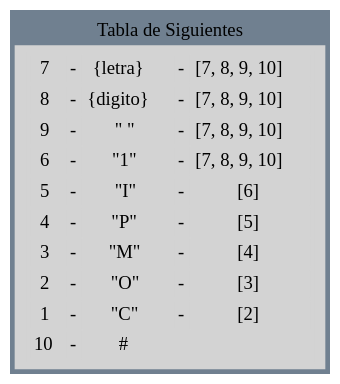
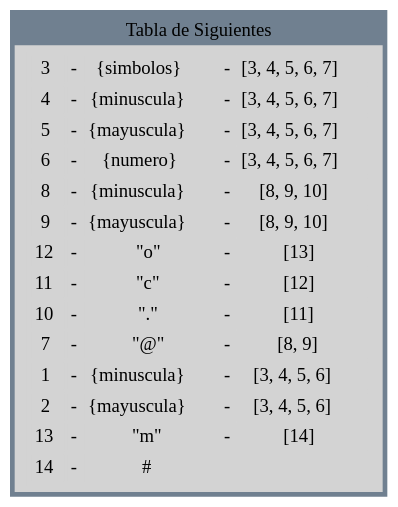
One commit to SeZamora/202002591_PY1_OLC1 changed the diagram in reportes/Siguientes_202002591/Tabla1.dot. Above: the diagram before and after it, drawn with Graphviz. The commit also changed 53 other files, not shown here.

```diff
--- a/reportes/Siguientes_202002591/Tabla1.dot
+++ b/reportes/Siguientes_202002591/Tabla1.dot
@@ -1,54 +1,74 @@
 digraph G {
 bgcolor="slategrey" label="Tabla de Siguientes"layout=dot 
 labelloc = "t"edge [weigth=1000  color=darkgreen  arrowtail="open" arrowhead="open"]
 node[shape=box, style="filled", color=lightgrey];
 a0 [label=<
-<TABLE><TR><TD>7</TD>
+<TABLE><TR><TD>3</TD>
   <TD>-</TD>
-  <TD>{letra}</TD>
+  <TD>{simbolos}</TD>
   <TD>-</TD>
-  <TD>[7, 8, 9, 10]</TD>
+  <TD>[3, 4, 5, 6, 7]</TD>
+  </TR><TR><TD>4</TD>
+  <TD>-</TD>
+  <TD>{minuscula}</TD>
+  <TD>-</TD>
+  <TD>[3, 4, 5, 6, 7]</TD>
+  </TR><TR><TD>5</TD>
+  <TD>-</TD>
+  <TD>{mayuscula}</TD>
+  <TD>-</TD>
+  <TD>[3, 4, 5, 6, 7]</TD>
+  </TR><TR><TD>6</TD>
+  <TD>-</TD>
+  <TD>{numero}</TD>
+  <TD>-</TD>
+  <TD>[3, 4, 5, 6, 7]</TD>
   </TR><TR><TD>8</TD>
   <TD>-</TD>
-  <TD>{digito}</TD>
+  <TD>{minuscula}</TD>
   <TD>-</TD>
-  <TD>[7, 8, 9, 10]</TD>
+  <TD>[8, 9, 10]</TD>
   </TR><TR><TD>9</TD>
   <TD>-</TD>
-  <TD>" "</TD>
+  <TD>{mayuscula}</TD>
   <TD>-</TD>
-  <TD>[7, 8, 9, 10]</TD>
-  </TR><TR><TD>6</TD>
+  <TD>[8, 9, 10]</TD>
+  </TR><TR><TD>12</TD>
   <TD>-</TD>
-  <TD>"1"</TD>
+  <TD>"o"</TD>
   <TD>-</TD>
-  <TD>[7, 8, 9, 10]</TD>
-  </TR><TR><TD>5</TD>
+  <TD>[13]</TD>
+  </TR><TR><TD>11</TD>
   <TD>-</TD>
-  <TD>"I"</TD>
+  <TD>"c"</TD>
   <TD>-</TD>
-  <TD>[6]</TD>
-  </TR><TR><TD>4</TD>
+  <TD>[12]</TD>
+  </TR><TR><TD>10</TD>
   <TD>-</TD>
-  <TD>"P"</TD>
+  <TD>"."</TD>
   <TD>-</TD>
-  <TD>[5]</TD>
-  </TR><TR><TD>3</TD>
+  <TD>[11]</TD>
+  </TR><TR><TD>7</TD>
   <TD>-</TD>
-  <TD>"M"</TD>
+  <TD>"@"</TD>
   <TD>-</TD>
-  <TD>[4]</TD>
+  <TD>[8, 9]</TD>
+  </TR><TR><TD>1</TD>
+  <TD>-</TD>
+  <TD>{minuscula}</TD>
+  <TD>-</TD>
+  <TD>[3, 4, 5, 6]</TD>
   </TR><TR><TD>2</TD>
   <TD>-</TD>
-  <TD>"O"</TD>
+  <TD>{mayuscula}</TD>
   <TD>-</TD>
-  <TD>[3]</TD>
-  </TR><TR><TD>1</TD>
+  <TD>[3, 4, 5, 6]</TD>
+  </TR><TR><TD>13</TD>
   <TD>-</TD>
-  <TD>"C"</TD>
+  <TD>"m"</TD>
   <TD>-</TD>
-  <TD>[2]</TD>
-  </TR><TR><TD>10</TD>
+  <TD>[14]</TD>
+  </TR><TR><TD>14</TD>
   <TD>-</TD>
   <TD>#</TD>
   </TR></TABLE>>];}
```
